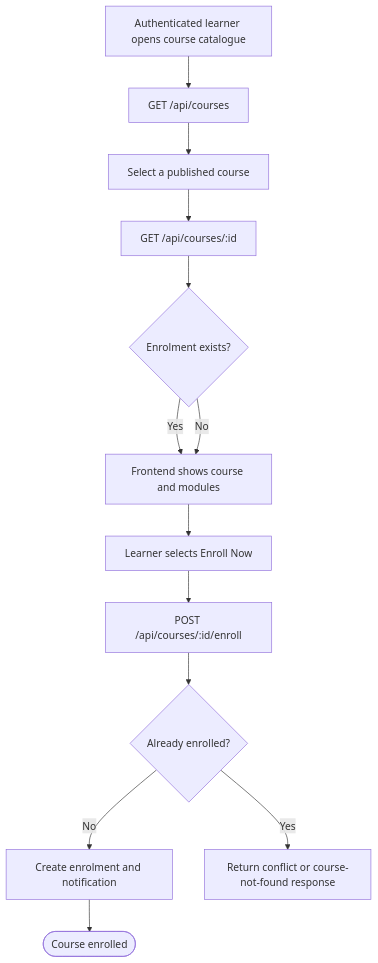
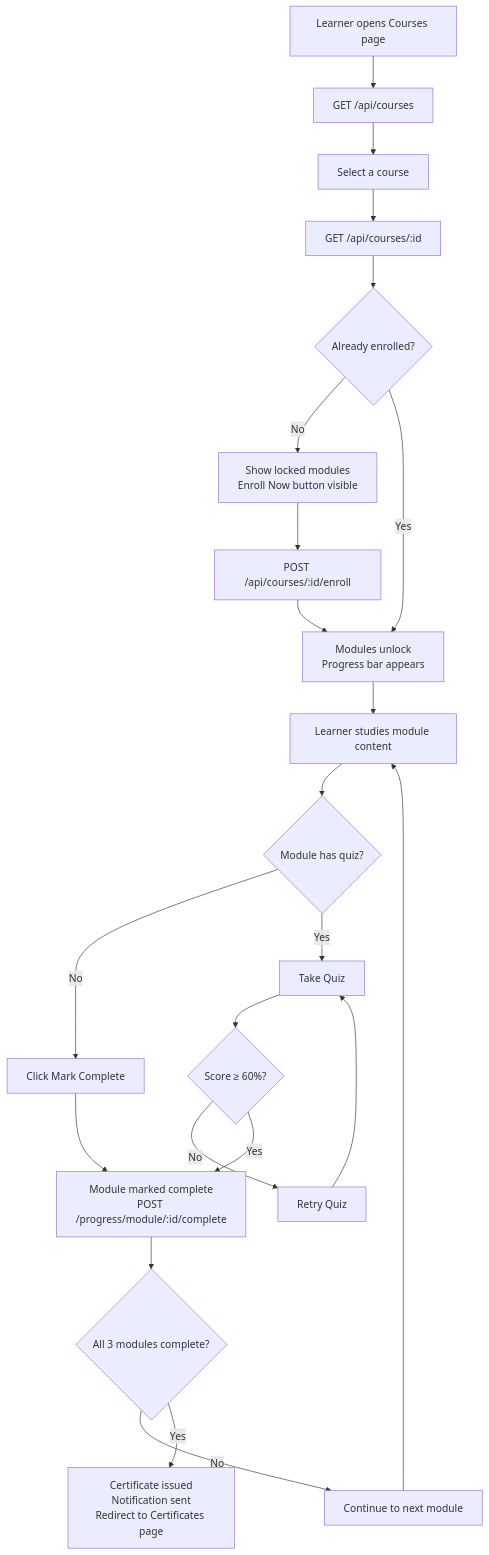
One commit to allandabalidabz-arch/Youth-skills-platform changed the sixth of 8 diagrams in docs/YouthSkills-Program-Diagrams.md. Above: the diagram before and after it, drawn with Mermaid. The commit also changed other lines of this file and 3 other files, not shown here.

````diff
--- a/docs/YouthSkills-Program-Diagrams.md
+++ b/docs/YouthSkills-Program-Diagrams.md
@@ -232,21 +269,33 @@
 ```mermaid
 flowchart TD
-    Open["Authenticated learner opens course catalogue"]
+    Open["Learner opens Courses page"]
     List["GET /api/courses"]
-    Select["Select a published course"]
+    Select["Select a course"]
     Detail["GET /api/courses/:id"]
-    Enrolled{"Enrolment exists?"}
-    Show["Frontend shows course and modules"]
-    Enrol["Learner selects Enroll Now"]
-    Post["POST /api/courses/:id/enroll"]
-    Duplicate{"Already enrolled?"}
-    Save["Create enrolment and notification"]
-    Done([Course enrolled])
-    Error["Return conflict or course-not-found response"]
+    Enrolled{"Already enrolled?"}
+    ShowLocked["Show locked modules\nEnroll Now button visible"]
+    Enrol["POST /api/courses/:id/enroll"]
+    ShowModules["Modules unlock\nProgress bar appears"]
+    StudyModule["Learner studies module content"]
+    HasQuiz{"Module has quiz?"}
+    MarkComplete["Click Mark Complete"]
+    TakeQuiz["Take Quiz"]
+    Score{"Score ≥ 60%?"}
+    Retry["Retry Quiz"]
+    ModuleComplete["Module marked complete\nPOST /progress/module/:id/complete"]
+    AllDone{"All 3 modules complete?"}
+    Certificate["Certificate issued\nNotification sent\nRedirect to Certificates page"]
+    NextModule["Continue to next module"]
 
     Open --> List --> Select --> Detail --> Enrolled
-    Enrolled -- Yes --> Show
-    Enrolled -- No --> Show --> Enrol --> Post --> Duplicate
-    Duplicate -- No --> Save --> Done
-    Duplicate -- Yes --> Error
+    Enrolled -- No --> ShowLocked --> Enrol --> ShowModules
+    Enrolled -- Yes --> ShowModules
+    ShowModules --> StudyModule --> HasQuiz
+    HasQuiz -- No --> MarkComplete --> ModuleComplete
+    HasQuiz -- Yes --> TakeQuiz --> Score
+    Score -- No --> Retry --> TakeQuiz
+    Score -- Yes --> ModuleComplete
+    ModuleComplete --> AllDone
+    AllDone -- No --> NextModule --> StudyModule
+    AllDone -- Yes --> Certificate
 ```
````
